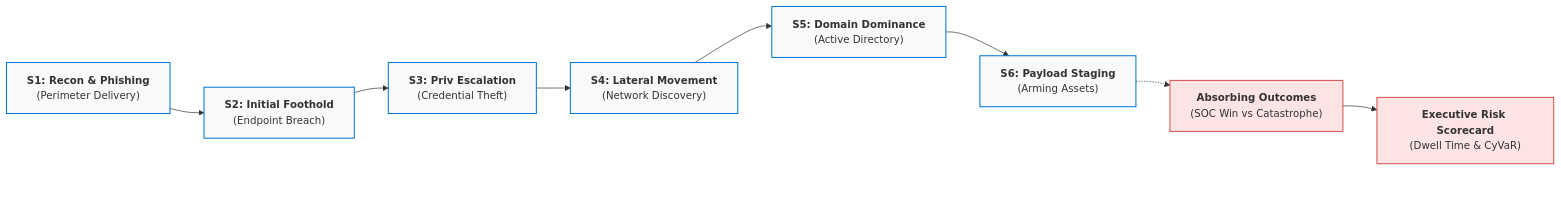
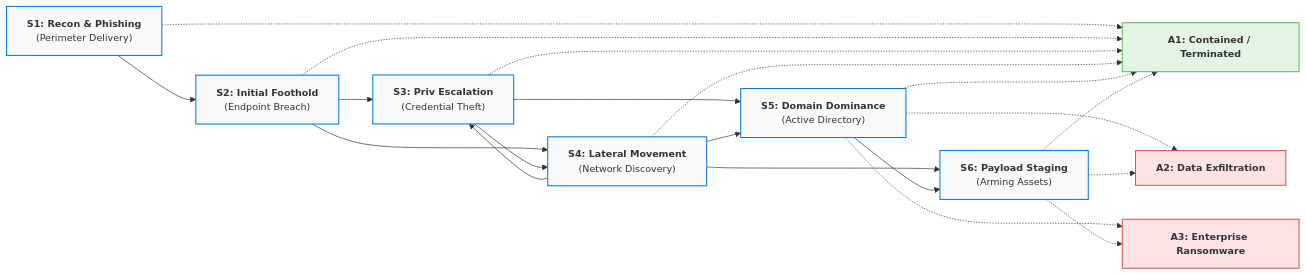
The diagram in index.qmd (patrick-lefler/rQuarto_multi_stage_attack_graph_simulation_via_markov_chains_2026-08-27), drawn with Mermaid before and after one commit. The commit also changed other lines of this file and 3 other files, not shown here.

````diff
--- a/index.qmd
+++ b/index.qmd
@@ -49,28 +49,31 @@
 ```{mermaid}
-
 %%| fig-align: center
-%%{init: {'themeVariables': { 'fontSize': '15px', 'fontFamily': 'sans-serif' }}}%%
+%%{init: {'themeVariables': { 'fontSize': '14px', 'fontFamily': 'sans-serif' }}}%%
 flowchart LR
-    %% Row 1: Transient Kill-Chain Pipeline
     S1["<b>S1: Recon & Phishing</b><br>(Perimeter Delivery)"] --> S2["<b>S2: Initial Foothold</b><br>(Endpoint Breach)"]
     S2 --> S3["<b>S3: Priv Escalation</b><br>(Credential Theft)"]
+    S2 --> S4
     S3 --> S4["<b>S4: Lateral Movement</b><br>(Network Discovery)"]
-    
-    %% Row 2: Deep Staging to Terminal Outcomes
-    S5["<b>S5: Domain Dominance</b><br>(Active Directory)"] --> S6["<b>S6: Payload Staging</b><br>(Arming Assets)"]
-    S6 -.-> ABS["<b>Absorbing Outcomes</b><br>(SOC Win vs Catastrophe)"]
-    ABS --> GOV["<b>Executive Risk Scorecard</b><br>(Dwell Time & CyVaR)"]
+    S3 --> S5
+    S4 --> S3
+    S4 --> S5["<b>S5: Domain Dominance</b><br>(Active Directory)"]
+    S4 --> S6
+    S5 --> S6["<b>S6: Payload Staging</b><br>(Arming Assets)"]
 
-    %% Transition from Row 1 to Row 2
-    S4 --> S5
-    
-    %% Spatial alignments enforcing a balanced 2x4 grid
-    S1 ~~~ S5
-    S2 ~~~ S6
-    S3 ~~~ ABS
-    S4 ~~~ GOV
+    S1 -.-> A1["<b>A1: Contained / Terminated</b>"]
+    S2 -.-> A1
+    S3 -.-> A1
+    S4 -.-> A1
+    S5 -.-> A1
+    S6 -.-> A1
+    S5 -.-> A2["<b>A2: Data Exfiltration</b>"]
+    S5 -.-> A3["<b>A3: Enterprise Ransomware</b>"]
+    S6 -.-> A2
+    S6 -.-> A3
 
     classDef default fill:#f8f9fa,stroke:#0275d8,stroke-width:1.5px;
+    classDef good fill:#e4f4e4,stroke:#5cb85c,stroke-width:1.5px;
     classDef alert fill:#fce4e4,stroke:#d9534f,stroke-width:1.5px;
-    class ABS,GOV alert;
+    class A1 good;
+    class A2,A3 alert;
 ```
````
